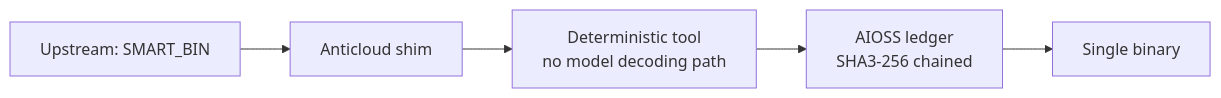
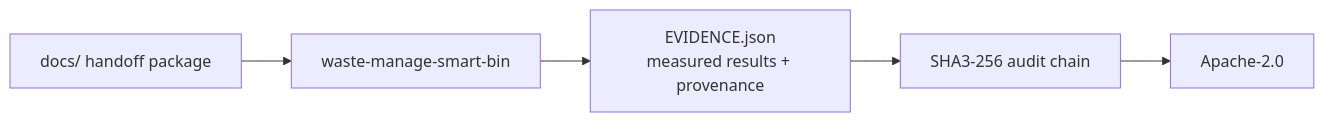
The diagram in README.md (the-anticloud/waste-manage-smart-bin), drawn with Mermaid before and after one commit. The commit also changed other lines of this file and 8 other files, not shown here.

````diff
--- a/README.md
+++ b/README.md
@@ -11,7 +22,7 @@
 ```mermaid
 graph LR
-    U[Upstream: SMART_BIN] --> S[Anticloud shim]
-    S --> T[Deterministic tool<br/>no model decoding path]
-    T --> A[AIOSS ledger<br/>SHA3-256 chained]
-    A --> B[Single binary]
+    D[docs/ handoff package] --> R[waste-manage-smart-bin]
+    R --> E[EVIDENCE.json\nmeasured results + provenance]
+    E --> A[SHA3-256 audit chain]
+    A --> L[Apache-2.0]
 ```
````
